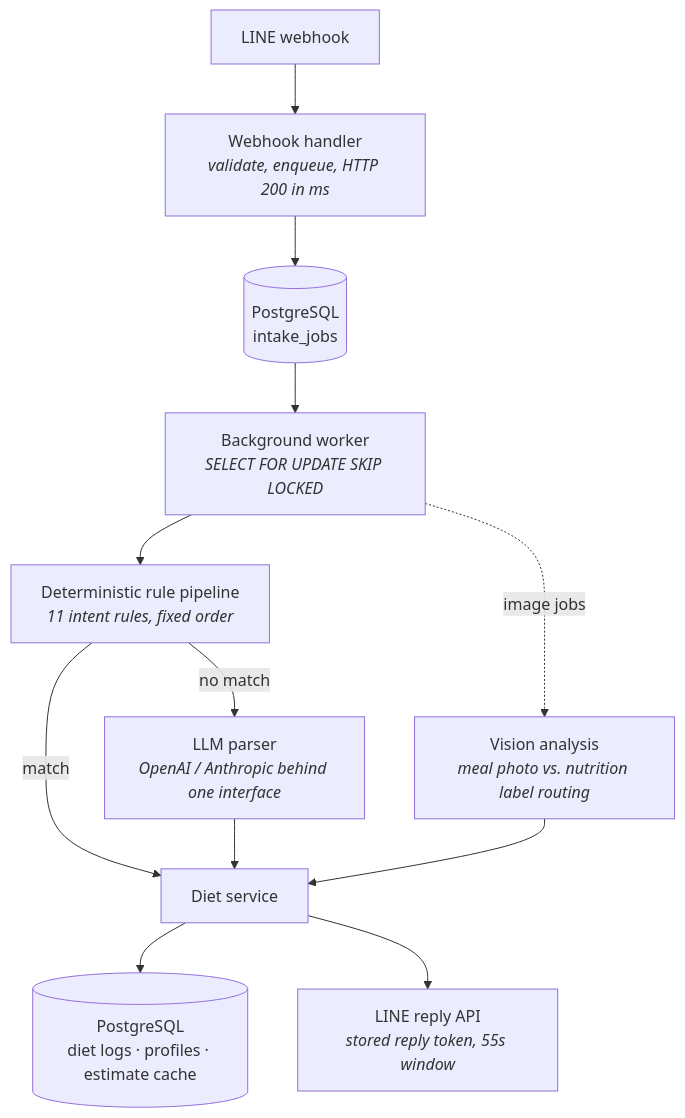
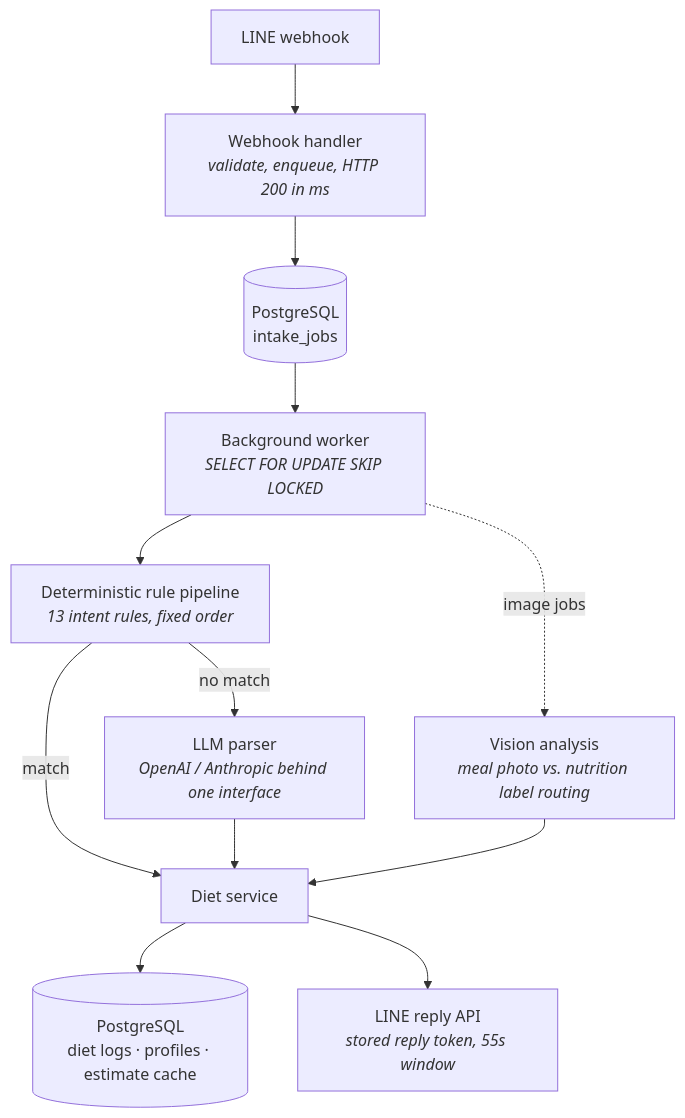
One commit to jeffery12697/fitneko-case-study changed the diagram in README.md. Above: the diagram before and after it, drawn with Mermaid. The commit also changed other lines of this file and 4 other files, not shown here.

````diff
--- a/README.md
+++ b/README.md
@@ -23,14 +25,14 @@
 ```mermaid
 flowchart TD
     LINE[LINE webhook] --> WH[Webhook handler<br/><i>validate, enqueue, HTTP 200 in ms</i>]
     WH --> DB[(PostgreSQL<br/>intake_jobs)]
     DB --> W[Background worker<br/><i>SELECT FOR UPDATE SKIP LOCKED</i>]
-    W --> RP[Deterministic rule pipeline<br/><i>11 intent rules, fixed order</i>]
+    W --> RP[Deterministic rule pipeline<br/><i>13 intent rules, fixed order</i>]
     RP -->|no match| LLM[LLM parser<br/><i>OpenAI / Anthropic behind one interface</i>]
     RP -->|match| SVC[Diet service]
     LLM --> SVC
     SVC --> PG[(PostgreSQL<br/>diet logs · profiles · estimate cache)]
     SVC --> REPLY[LINE reply API<br/><i>stored reply token, 55s window</i>]
     W -.->|image jobs| VIS[Vision analysis<br/><i>meal photo vs. nutrition label routing</i>]
     VIS --> SVC
 ```
````
